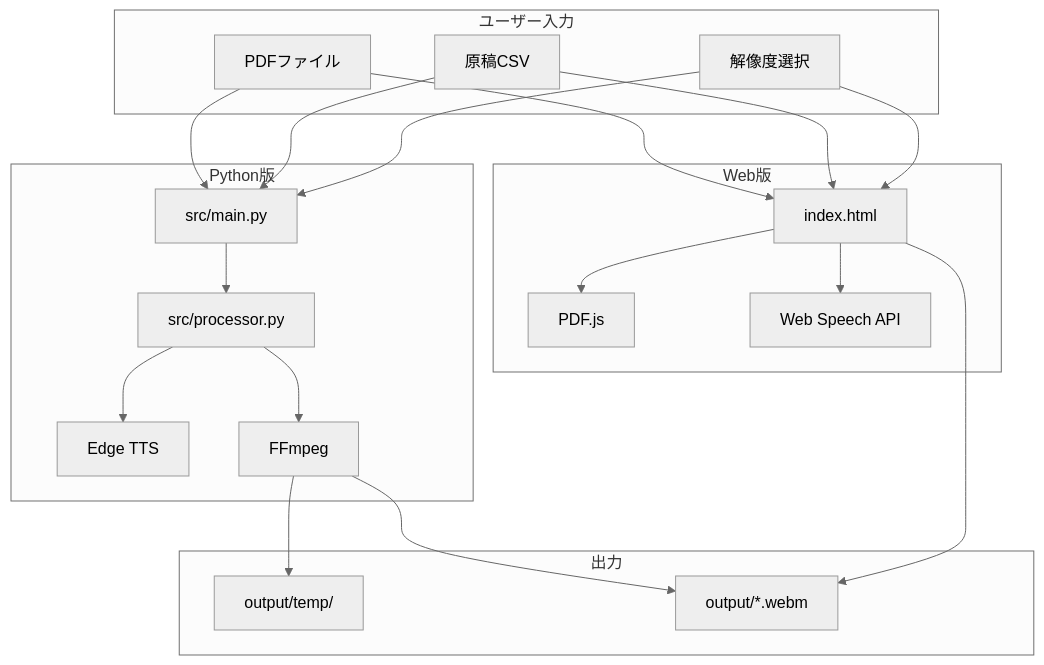
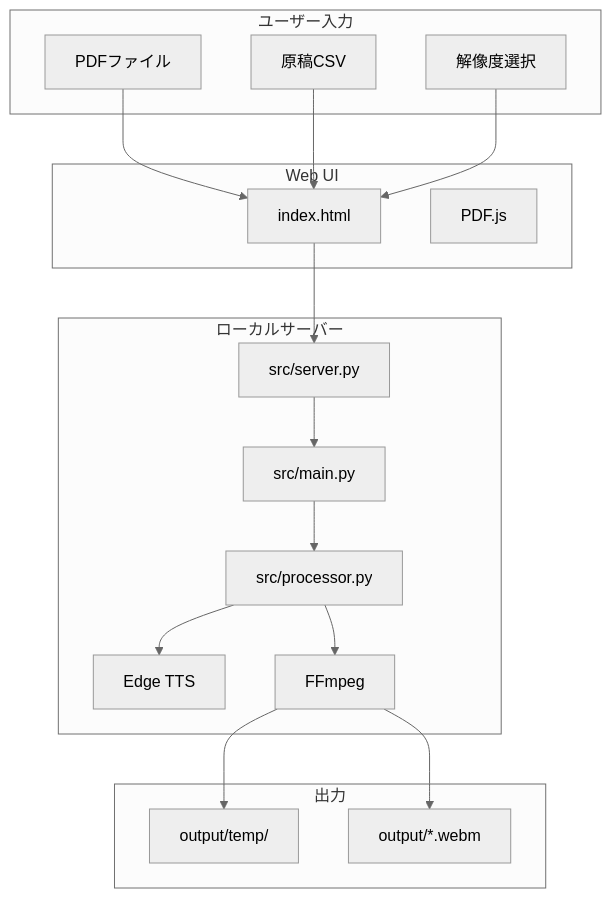
One commit to J1921604/Slide-MyVoice-Maker changed the first of 4 diagrams in docs/完全仕様書.md. Above: the diagram before and after it, drawn with Mermaid (neutral theme). The commit also changed other lines of this file and 13 other files, not shown here.

````diff
--- a/docs/完全仕様書.md
+++ b/docs/完全仕様書.md
@@ -70,42 +61,37 @@
 ```mermaid
 flowchart TB
     subgraph ユーザー入力
         PDF[PDFファイル]
         CSV[原稿CSV]
         RES[解像度選択]
     end
 
-    subgraph Python版
+    subgraph ローカルサーバー
+        SERVER[src/server.py]
         MAIN[src/main.py]
         PROC[src/processor.py]
         TTS[Edge TTS]
         FFMPEG[FFmpeg]
     end
 
-    subgraph Web版
+    subgraph Web UI
         HTML[index.html]
         PDFJS[PDF.js]
-        WSAPI[Web Speech API]
     end
 
     subgraph 出力
         TEMP[output/temp/]
         WEBM[output/*.webm]
     end
 
-    PDF --> MAIN
-    CSV --> MAIN
-    RES --> MAIN
+    PDF --> HTML
+    CSV --> HTML
+    RES --> HTML
+    HTML --> SERVER
+    SERVER --> MAIN
     MAIN --> PROC
     PROC --> TTS
     PROC --> FFMPEG
     FFMPEG --> TEMP
     FFMPEG --> WEBM
-
-    PDF --> HTML
-    CSV --> HTML
-    RES --> HTML
-    HTML --> PDFJS
-    HTML --> WSAPI
-    HTML --> WEBM
 ```
````
